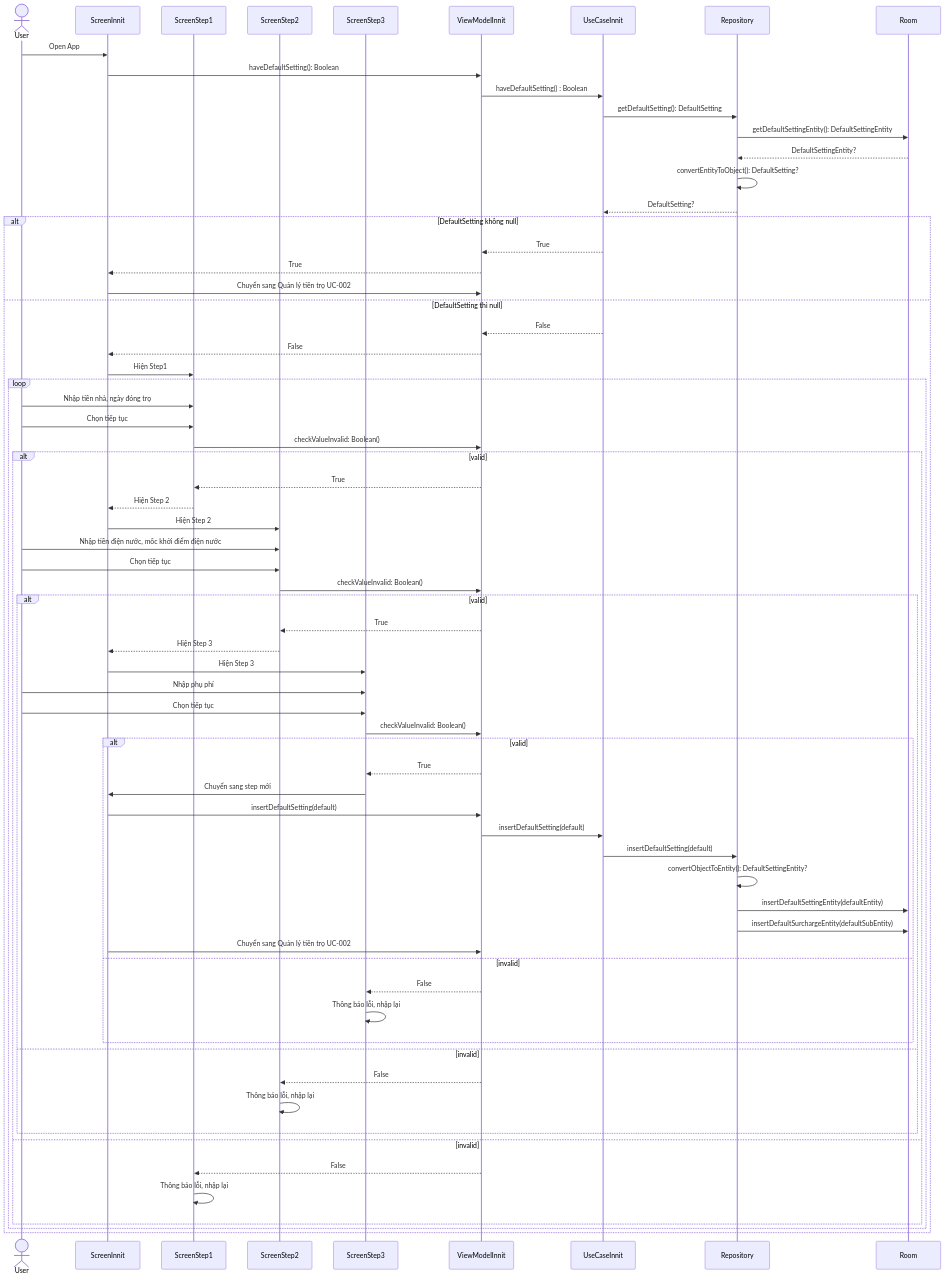
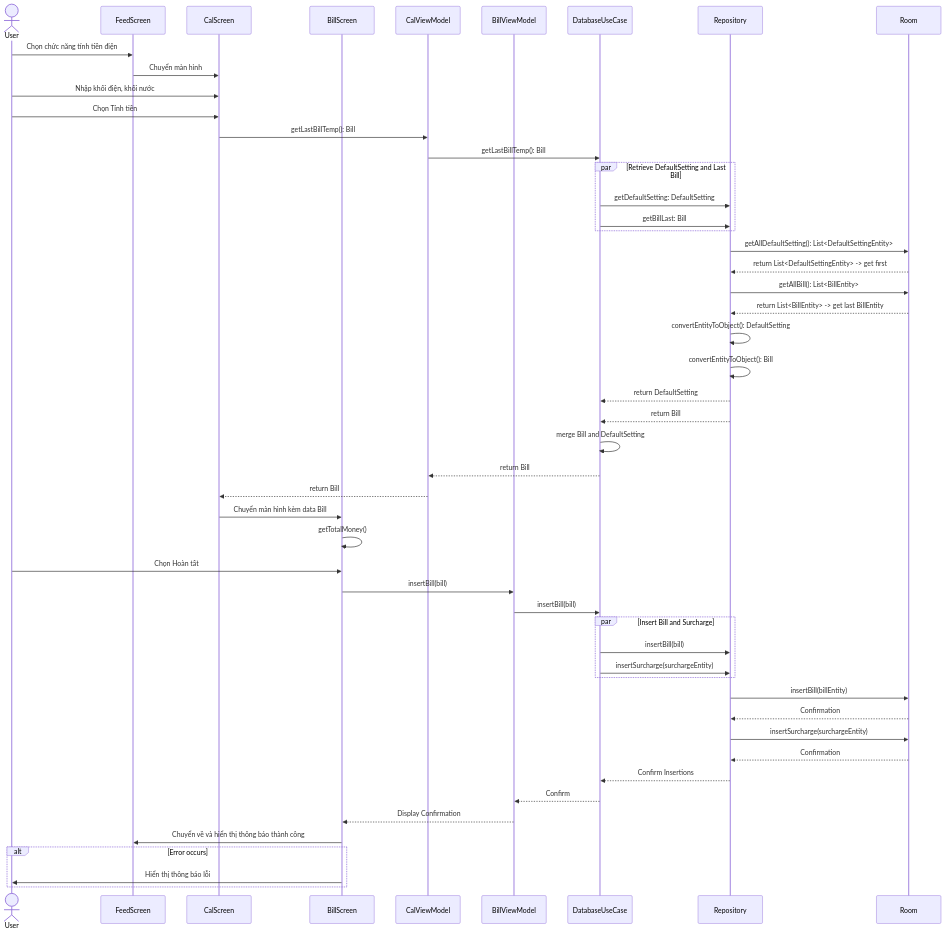
The sixth of 14 diagrams in calculateRent/Docs/software_modeling.md (Katz-Team/CalRent), drawn with Mermaid before and after one commit. The commit also changed 1 other file, not shown here.

Commit message:
Update Sequence Diagram
Thêm phần xử lý đa luồn vào diagram

````diff
--- a/calculateRent/Docs/software_modeling.md
+++ b/calculateRent/Docs/software_modeling.md
@@ -275,73 +275,62 @@
 ```mermaid
 sequenceDiagram
     actor User
-    participant ScreenInnit
-    participant ScreenStep1
-    participant ScreenStep2
-    participant ScreenStep3
-    participant ViewModelInnit
-    participant UseCaseInnit
+    participant FeedScreen
+    participant CalScreen
+    participant BillScreen
+    participant CalViewModel
+    participant BillViewModel
+    participant DatabaseUseCase
     participant Repository
     participant Room
 
-    User ->> ScreenInnit: Open App
-    ScreenInnit ->> ViewModelInnit: haveDefaultSetting(): Boolean
-    ViewModelInnit ->> UseCaseInnit: haveDefaultSetting() : Boolean
-    UseCaseInnit ->> Repository: getDefaultSetting(): DefaultSetting
-    Repository ->> Room: getDefaultSettingEntity(): DefaultSettingEntity
+    User ->> FeedScreen: Chọn chức năng tính tiền điện
+    FeedScreen ->> CalScreen: Chuyển màn hình
+    User ->> CalScreen: Nhập khối điện, khối nước
+    User ->> CalScreen: Chọn Tính tiền
+    CalScreen ->> CalViewModel: getLastBillTemp(): Bill
+    CalViewModel ->> DatabaseUseCase: getLastBillTemp(): Bill
+    
+    par Retrieve DefaultSetting and Last Bill
+        DatabaseUseCase ->> Repository: getDefaultSetting: DefaultSetting
+        DatabaseUseCase ->> Repository: getBillLast: Bill
+    end
 
-    Room -->> Repository: DefaultSettingEntity?
-    Repository ->> Repository: convertEntityToObject(): DefaultSetting?
-    Repository -->> UseCaseInnit: DefaultSetting?
+    Repository ->> Room: getAllDefaultSetting(): List<DefaultSettingEntity>
+    Room -->> Repository: return List<DefaultSettingEntity> -> get first
+    Repository ->> Room: getAllBill(): List<BillEntity>
+    Room -->> Repository: return List<BillEntity> -> get last BillEntity
+    Repository ->> Repository: convertEntityToObject(): DefaultSetting
+    Repository ->> Repository: convertEntityToObject(): Bill
+    Repository -->> DatabaseUseCase: return DefaultSetting
+    Repository -->> DatabaseUseCase: return Bill
+    DatabaseUseCase ->> DatabaseUseCase: merge Bill and DefaultSetting
+    DatabaseUseCase -->> CalViewModel: return Bill
+    CalViewModel -->> CalScreen: return Bill
 
-    alt DefaultSetting không null
-        UseCaseInnit -->> ViewModelInnit: True
-        ViewModelInnit -->> ScreenInnit: True
-        ScreenInnit ->> ViewModelInnit: Chuyển sang Quản lý tiền trọ UC-002
-    else DefaultSetting thì null
-        UseCaseInnit -->> ViewModelInnit: False
-        ViewModelInnit -->> ScreenInnit: False
-        ScreenInnit ->> ScreenStep1: Hiện Step1
-        loop
-            User ->> ScreenStep1: Nhập tiền nhà, ngày đóng trọ
-            User ->> ScreenStep1: Chọn tiếp tục
-            ScreenStep1 ->> ViewModelInnit: checkValueInvalid: Boolean()
-            alt valid
-                ViewModelInnit -->> ScreenStep1: True
-                ScreenStep1 -->> ScreenInnit: Hiện Step 2
-                ScreenInnit ->> ScreenStep2: Hiện Step 2
-                User ->> ScreenStep2: Nhập tiền điện nước, mốc khởi điểm điện nước
-                User ->> ScreenStep2: Chọn tiếp tục
-                ScreenStep2 ->> ViewModelInnit: checkValueInvalid: Boolean()
-                alt valid
-                    ViewModelInnit -->> ScreenStep2: True
-                    ScreenStep2 -->> ScreenInnit: Hiện Step 3
-                    ScreenInnit ->> ScreenStep3: Hiện Step 3
-                    User ->> ScreenStep3: Nhập phụ phí
-                    User ->> ScreenStep3: Chọn tiếp tục
-                    ScreenStep3 ->> ViewModelInnit: checkValueInvalid: Boolean()
-                    alt valid
-                        ViewModelInnit -->> ScreenStep3: True
-                        ScreenStep3 ->> ScreenInnit: Chuyển sang step mới
-                        ScreenInnit ->> ViewModelInnit: insertDefaultSetting(default)
-                        ViewModelInnit ->> UseCaseInnit: insertDefaultSetting(default)
-                        UseCaseInnit ->> Repository: insertDefaultSetting(default)
-                        Repository ->> Repository: convertObjectToEntity(): DefaultSettingEntity?
-                        Repository ->> Room: insertDefaultSettingEntity(defaultEntity)
-                        Repository ->> Room: insertDefaultSurchargeEntity(defaultSubEntity)
-                        ScreenInnit ->> ViewModelInnit: Chuyển sang Quản lý tiền trọ UC-002
-                    else invalid
-                        ViewModelInnit -->> ScreenStep3: False
-                        ScreenStep3 ->> ScreenStep3: Thông báo lỗi, nhập lại
-                    end
-                else invalid
-                    ViewModelInnit -->> ScreenStep2: False
-                    ScreenStep2 ->> ScreenStep2: Thông báo lỗi, nhập lại
-                end
-            else invalid
-                ViewModelInnit -->> ScreenStep1: False
-                ScreenStep1 ->> ScreenStep1: Thông báo lỗi, nhập lại
-            end
-        end
+    CalScreen ->> BillScreen: Chuyển màn hình kèm data Bill
+    BillScreen ->> BillScreen: getTotalMoney()
+
+    User ->> BillScreen: Chọn Hoàn tất
+    BillScreen ->> BillViewModel: insertBill(bill)
+    BillViewModel ->> DatabaseUseCase: insertBill(bill)
+
+    par Insert Bill and Surcharge
+        DatabaseUseCase ->> Repository: insertBill(bill)
+        DatabaseUseCase ->> Repository: insertSurcharge(surchargeEntity)
+    end
+
+    Repository ->> Room: insertBill(billEntity)
+    Room -->> Repository: Confirmation
+    Repository ->> Room: insertSurcharge(surchargeEntity)
+    Room -->> Repository: Confirmation
+    Repository -->> DatabaseUseCase: Confirm Insertions
+    DatabaseUseCase -->> BillViewModel: Confirm
+    BillViewModel -->> BillScreen: Display Confirmation
+
+    BillScreen ->> FeedScreen: Chuyển về và hiển thị thông báo thành công
+
+    alt Error occurs
+        BillScreen ->> User: Hiển thị thông báo lỗi
     end
 ```
````
